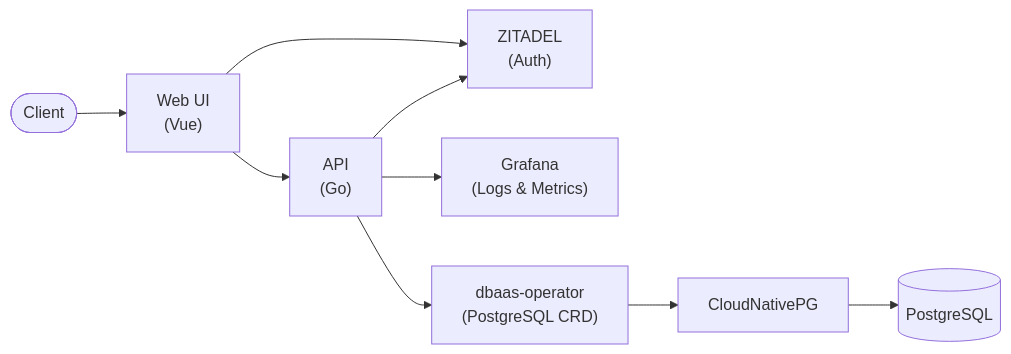
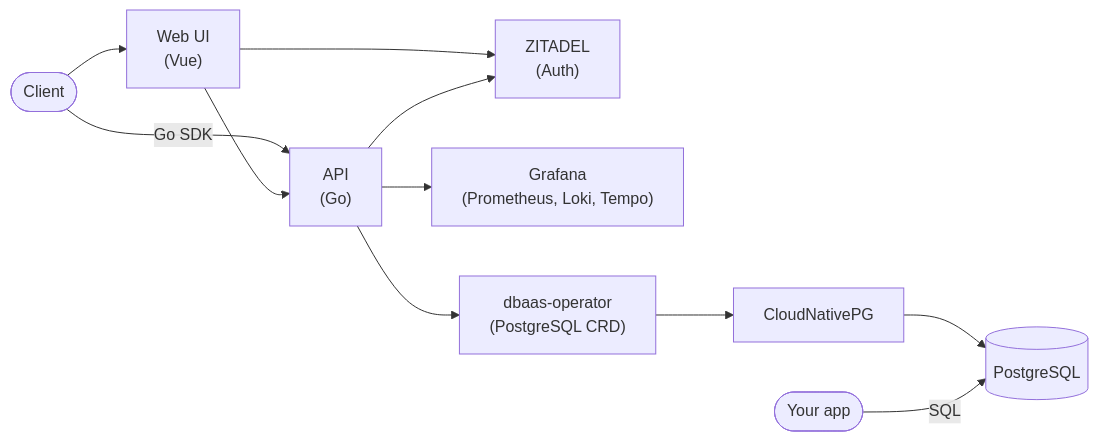
Before and after one commit to foyez/dbaas-platform: the diagram in README.md, drawn with Mermaid. The commit also changed 1 other file, not shown here.

Commit message:
docs(readme): add Tempo, Go SDK and direct DB access to architecture diagram

````diff
--- a/README.md
+++ b/README.md
@@ -9,13 +9,15 @@
 ```mermaid
 flowchart LR
     User(["Client"]) --> UI["Web UI<br/>(Vue)"]
+    User -->|Go SDK| API
     UI --> API["API<br/>(Go)"]
     UI --> Auth["ZITADEL<br/>(Auth)"]
     API --> Auth
 
-    API --> Obs["Grafana<br/>(Logs & Metrics)"]
+    API --> Obs["Grafana<br/>(Prometheus, Loki, Tempo)"]
     API --> Operator["dbaas-operator<br/>(PostgreSQL CRD)"]
 
     Operator --> CNPG["CloudNativePG"]
     CNPG --> PG[("PostgreSQL")]
+    App(["Your app"]) -->|SQL| PG
 ```
````
